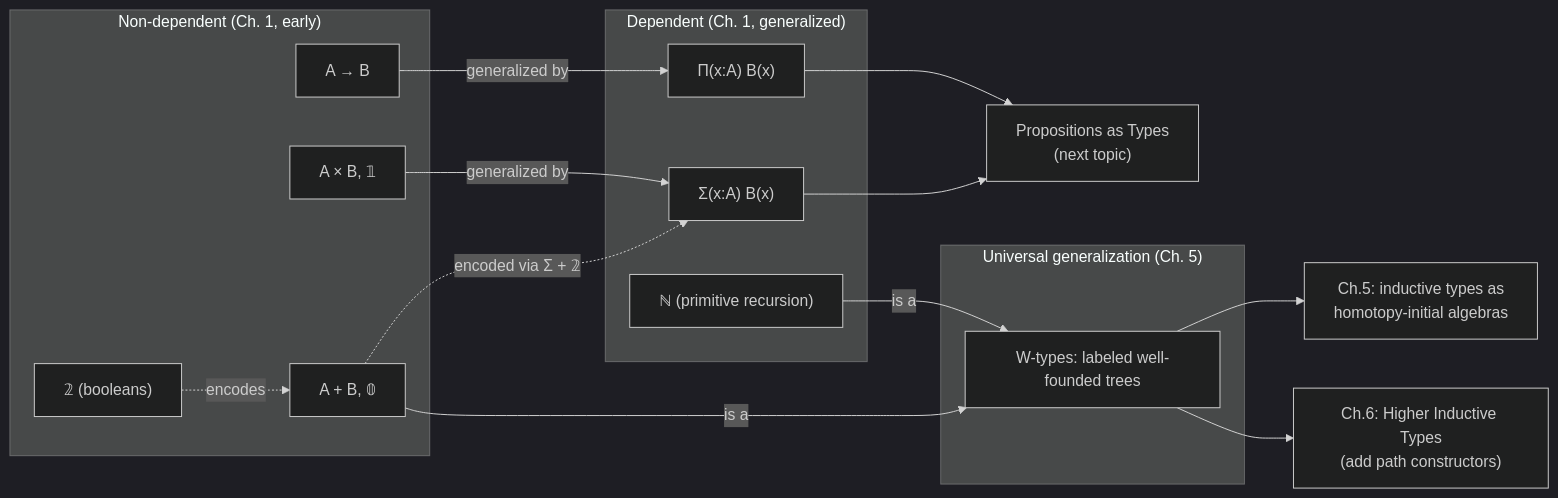
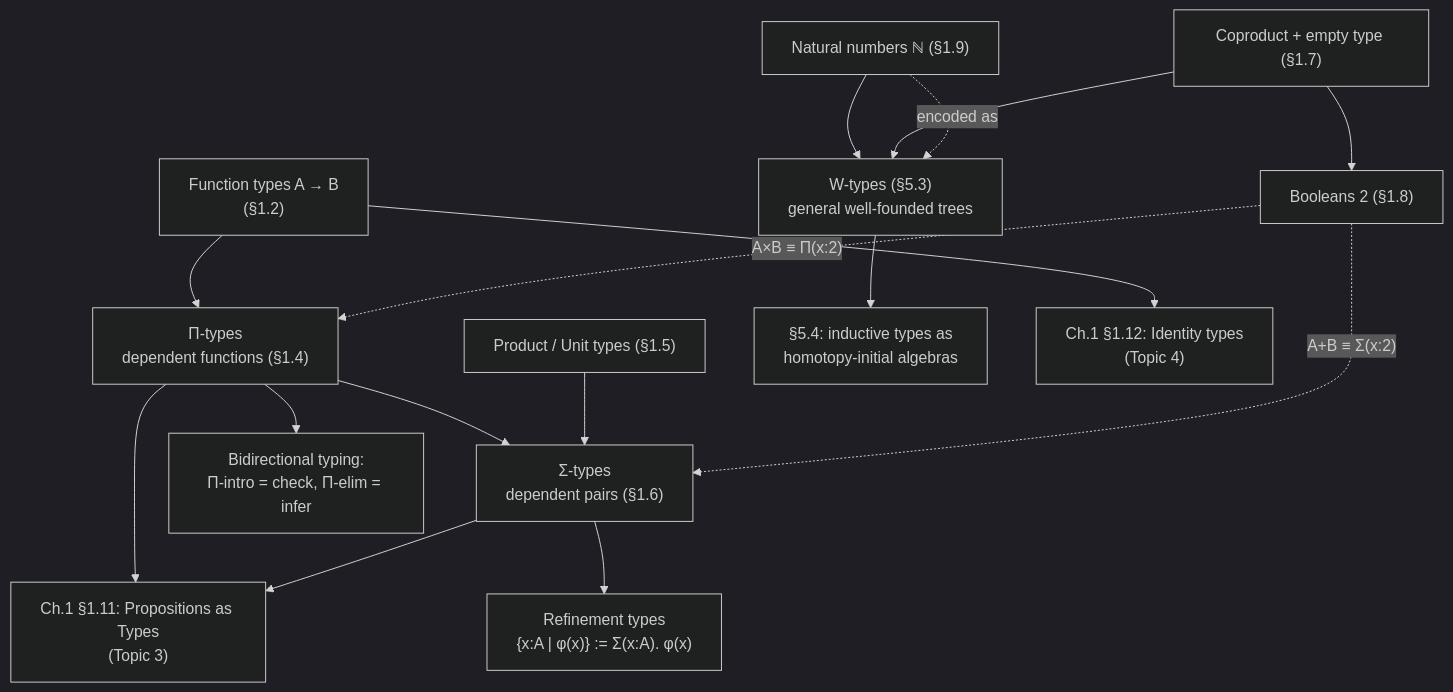
One commit to superoptimo/type_theory_vaults changed the diagram in 14_homotopy_type_theory/Type-Formers-and-Their-Universal-Properties.md. Above: the diagram before and after it, drawn with Mermaid (dark theme). The commit also changed other lines of this file and 1097 other files, not shown here.

Commit message:
Update vaults books with learning roadmaps

````diff
--- a/14_homotopy_type_theory/Type-Formers-and-Their-Universal-Properties.md
+++ b/14_homotopy_type_theory/Type-Formers-and-Their-Universal-Properties.md
@@ -486,27 +287,18 @@
 ```mermaid
-flowchart LR
-    subgraph "Non-dependent (Ch. 1, early)"
-        F["A → B"] 
-        P["A × B, 𝟙"]
-        C["A + B, 𝟘"]
-        Bo["𝟚 (booleans)"]
-    end
-    subgraph "Dependent (Ch. 1, generalized)"
-        Pi["Π(x:A) B(x)"]
-        Sig["Σ(x:A) B(x)"]
-        N["ℕ (primitive recursion)"]
-    end
-    subgraph "Universal generalization (Ch. 5)"
-        W["W-types: labeled well-founded trees"]
-    end
-    F -->|"generalized by"| Pi
-    P -->|"generalized by"| Sig
-    C -.->|"encoded via Σ + 𝟚"| Sig
-    Bo -.->|"encodes"| C
-    N -->|"is a"| W
-    C -->|"is a"| W
-    Pi --> PAT["Propositions as Types<br/>(next topic)"]
-    Sig --> PAT
-    W --> IA["Ch.5: inductive types as<br/>homotopy-initial algebras"]
-    W --> HIT["Ch.6: Higher Inductive Types<br/>(add path constructors)"]
+flowchart TD
+    A["Function types A → B<br/>(§1.2)"] --> P["Π-types<br/>dependent functions (§1.4)"]
+    P --> S["Σ-types<br/>dependent pairs (§1.6)"]
+    Prod["Product / Unit types (§1.5)"] --> S
+    Cop["Coproduct + empty type (§1.7)"] --> Bool["Booleans 2 (§1.8)"]
+    Bool -. "A+B ≡ Σ(x:2)" .-> S
+    Bool -. "A×B ≡ Π(x:2)" .-> P
+    Nat["Natural numbers ℕ (§1.9)"] --> W["W-types (§5.3)<br/>general well-founded trees"]
+    Cop --> W
+    Nat -. "encoded as" .-> W
+    P --> PAT["Ch.1 §1.11: Propositions as Types<br/>(Topic 3)"]
+    S --> PAT
+    S --> Refine["Refinement types<br/>{x:A | φ(x)} := Σ(x:A). φ(x)"]
+    P --> Bidi["Bidirectional typing:<br/>Π-intro = check, Π-elim = infer"]
+    W --> InitAlg["§5.4: inductive types as<br/>homotopy-initial algebras"]
+    A --> IdType["Ch.1 §1.12: Identity types<br/>(Topic 4)"]
 ```
````
